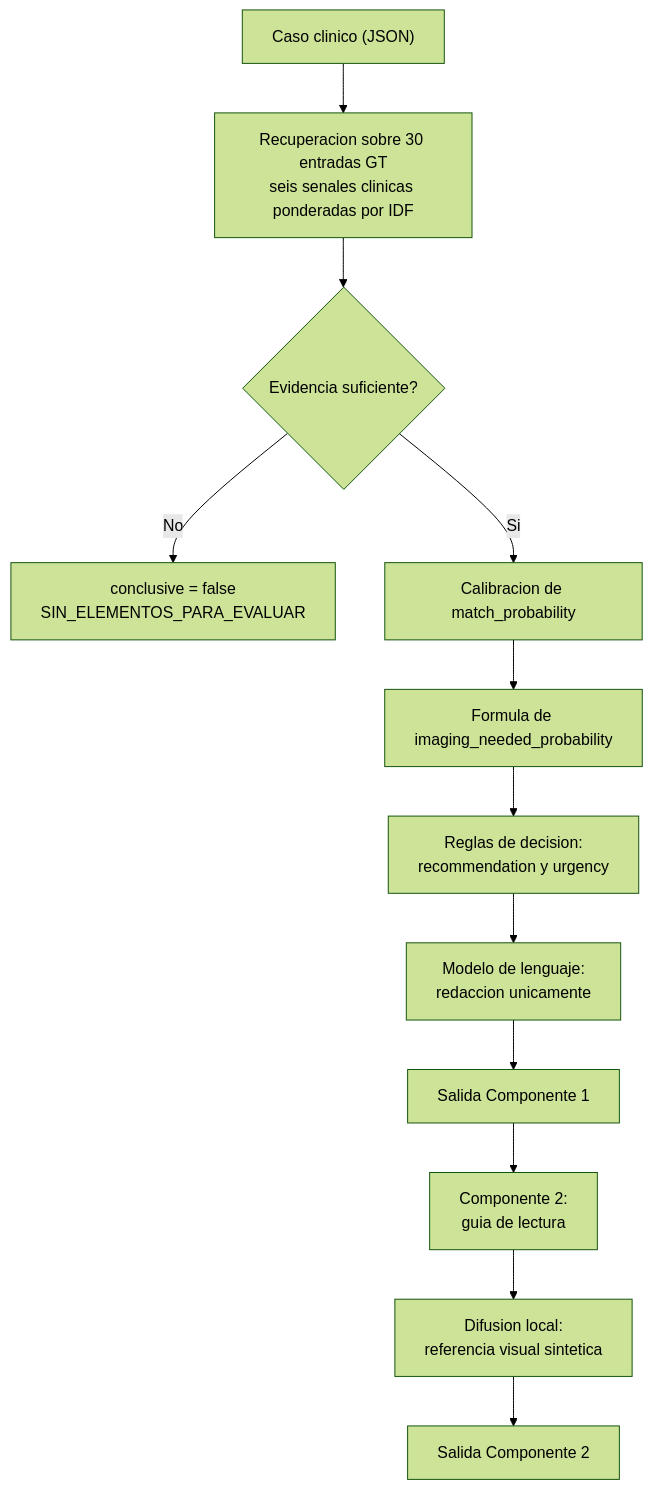
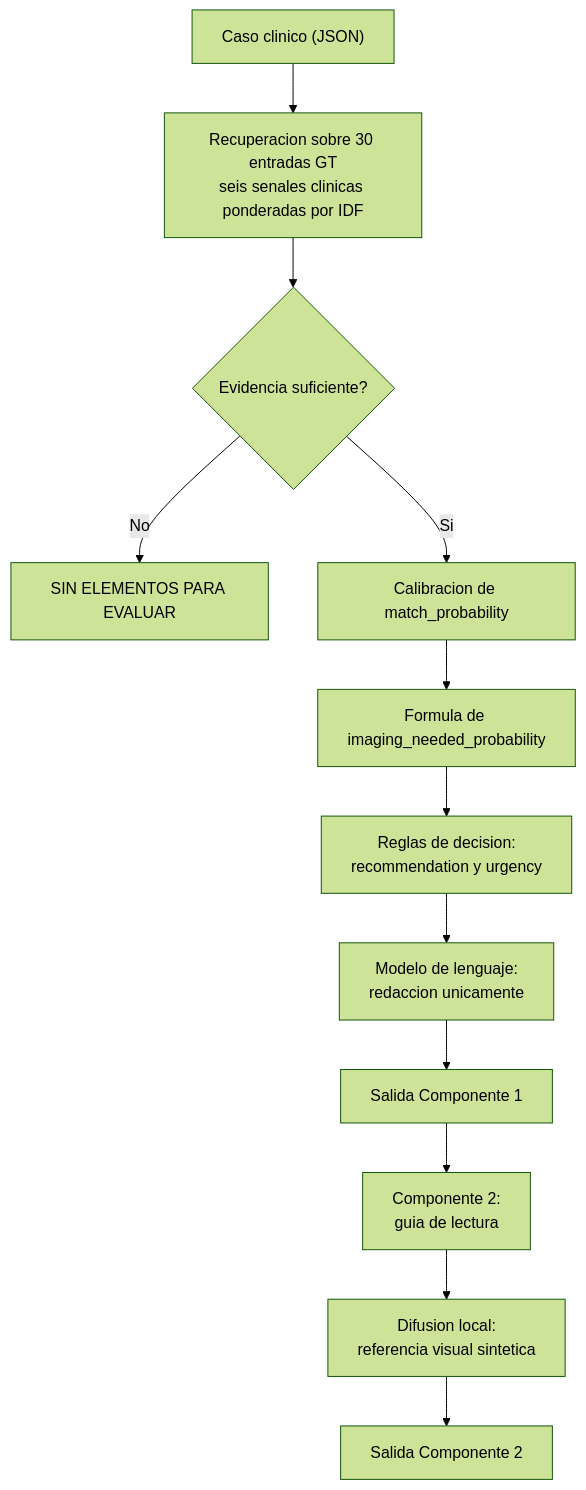
Before and after one commit to QuintoAnaya/IA-Generativa: the diagram in oncobridge-ai/README.md, drawn with Mermaid (forest theme).

````diff
--- a/oncobridge-ai/README.md
+++ b/oncobridge-ai/README.md
@@ -41,14 +41,14 @@
 ```mermaid
 flowchart TD
     A["Caso clinico (JSON)"] --> B["Recuperacion sobre 30 entradas GT<br/>seis senales clinicas ponderadas por IDF"]
     B --> C{"Evidencia suficiente?"}
-    C -- No --> D["conclusive = false<br/>SIN_ELEMENTOS_PARA_EVALUAR"]
+    C -- No --> D["SIN ELEMENTOS PARA EVALUAR"]
     C -- Si --> E["Calibracion de match_probability"]
     E --> F["Formula de imaging_needed_probability"]
     F --> G["Reglas de decision:<br/>recommendation y urgency"]
     G --> H["Modelo de lenguaje:<br/>redaccion unicamente"]
     H --> I["Salida Componente 1"]
     I --> J["Componente 2:<br/>guia de lectura"]
     J --> K["Difusion local:<br/>referencia visual sintetica"]
     K --> L["Salida Componente 2"]
 ```
````
